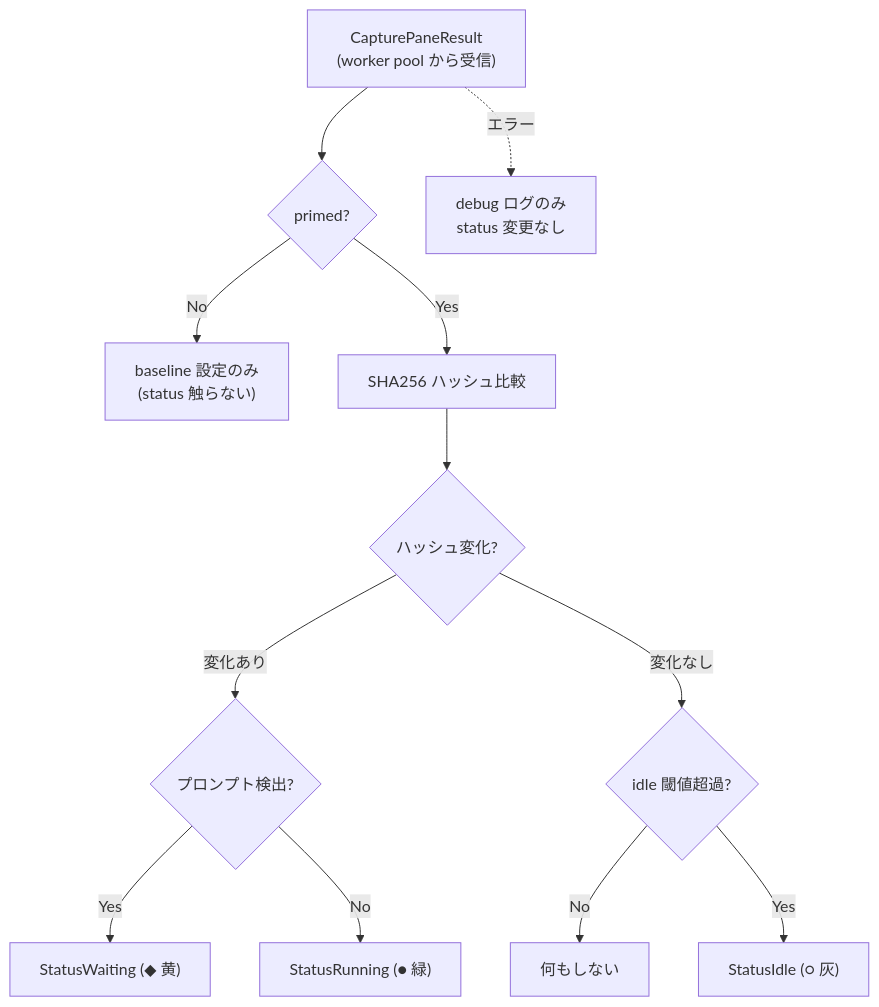
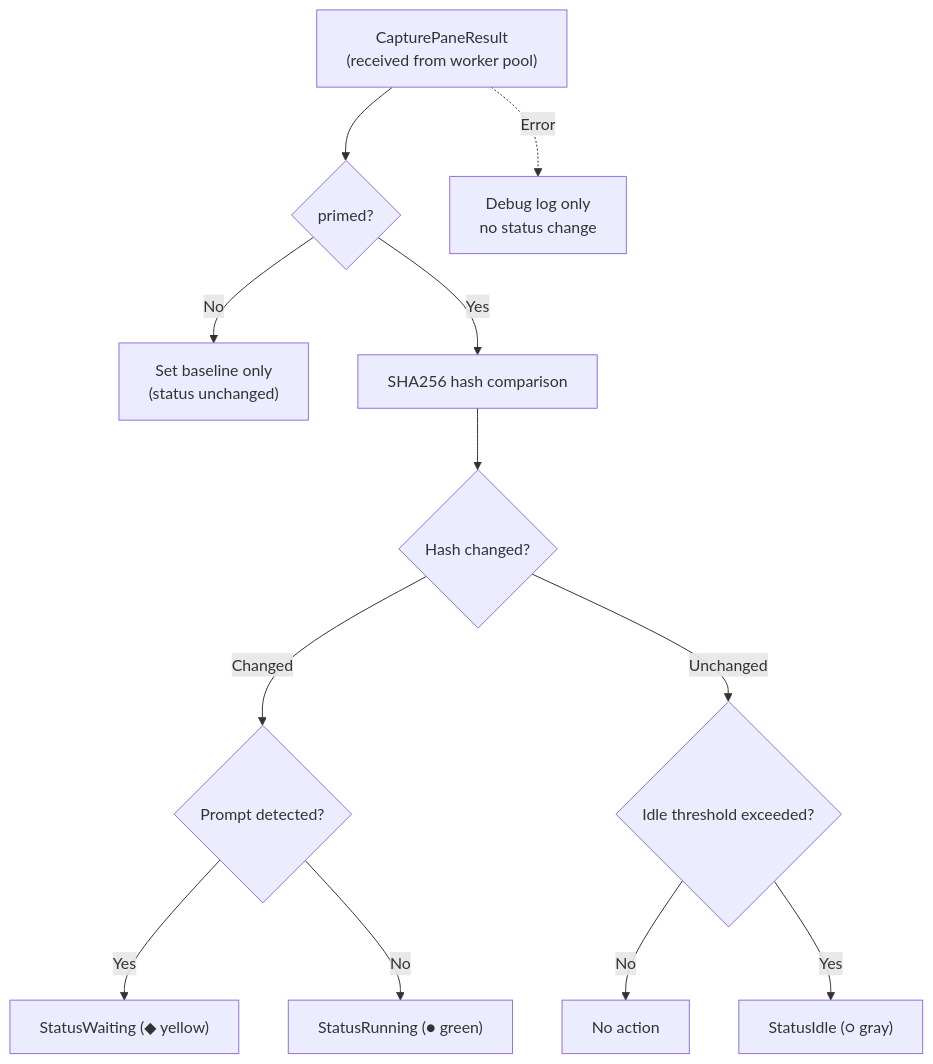
The first of 3 diagrams in docs/state-monitoring.md (takezoh/agent-roost), drawn with Mermaid before and after one commit. The commit also changed other lines of this file and 7 other files, not shown here.

````diff
--- a/docs/state-monitoring.md
+++ b/docs/state-monitoring.md
@@ -218,14 +70,14 @@
 ```mermaid
 flowchart TD
-    cap["CapturePaneResult<br/>(worker pool から受信)"] --> primed{primed?}
-    primed -->|No| baseline["baseline 設定のみ<br/>(status 触らない)"]
-    primed -->|Yes| hash[SHA256 ハッシュ比較]
-    hash --> changed{ハッシュ変化?}
-    changed -->|変化あり| prompt{プロンプト検出?}
-    prompt -->|Yes| waiting["StatusWaiting (◆ 黄)"]
-    prompt -->|No| running["StatusRunning (● 緑)"]
-    changed -->|変化なし| threshold{idle 閾値超過?}
-    threshold -->|No| keep[何もしない]
-    threshold -->|Yes| idle["StatusIdle (○ 灰)"]
-    cap -.->|エラー| log[debug ログのみ<br/>status 変更なし]
+    cap["CapturePaneResult<br/>(received from worker pool)"] --> primed{primed?}
+    primed -->|No| baseline["Set baseline only<br/>(status unchanged)"]
+    primed -->|Yes| hash[SHA256 hash comparison]
+    hash --> changed{Hash changed?}
+    changed -->|Changed| prompt{Prompt detected?}
+    prompt -->|Yes| waiting["StatusWaiting (◆ yellow)"]
+    prompt -->|No| running["StatusRunning (● green)"]
+    changed -->|Unchanged| threshold{Idle threshold exceeded?}
+    threshold -->|No| keep[No action]
+    threshold -->|Yes| idle["StatusIdle (○ gray)"]
+    cap -.->|Error| log[Debug log only<br/>no status change]
 ```
````
